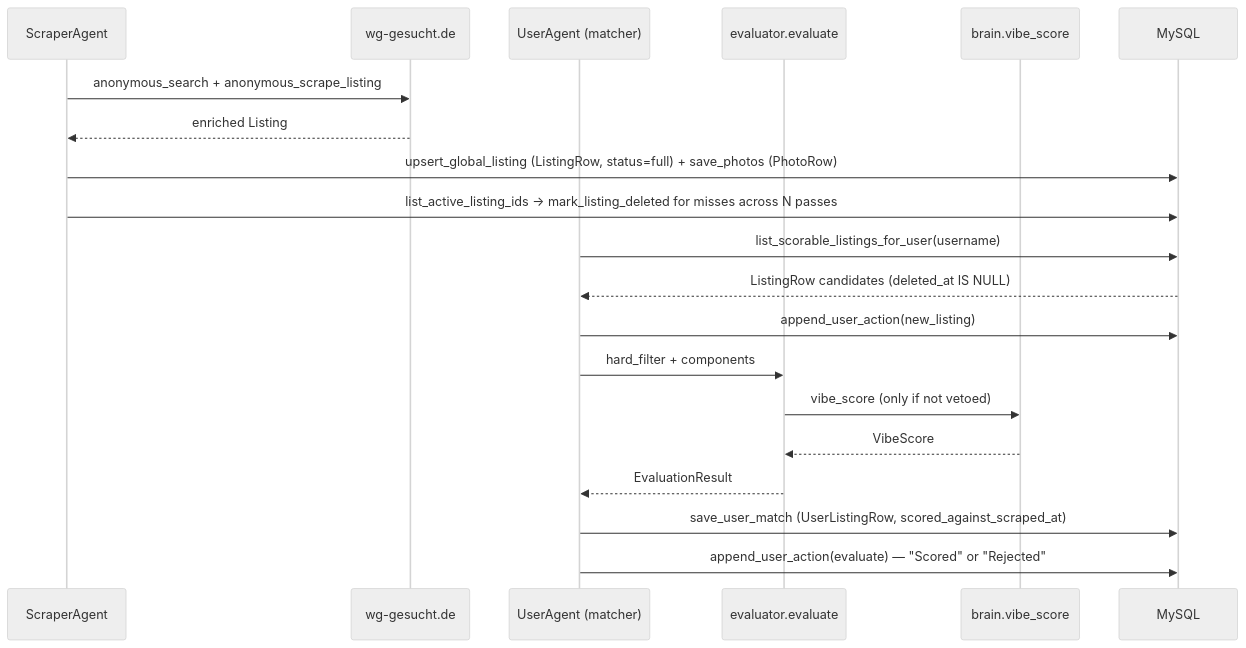
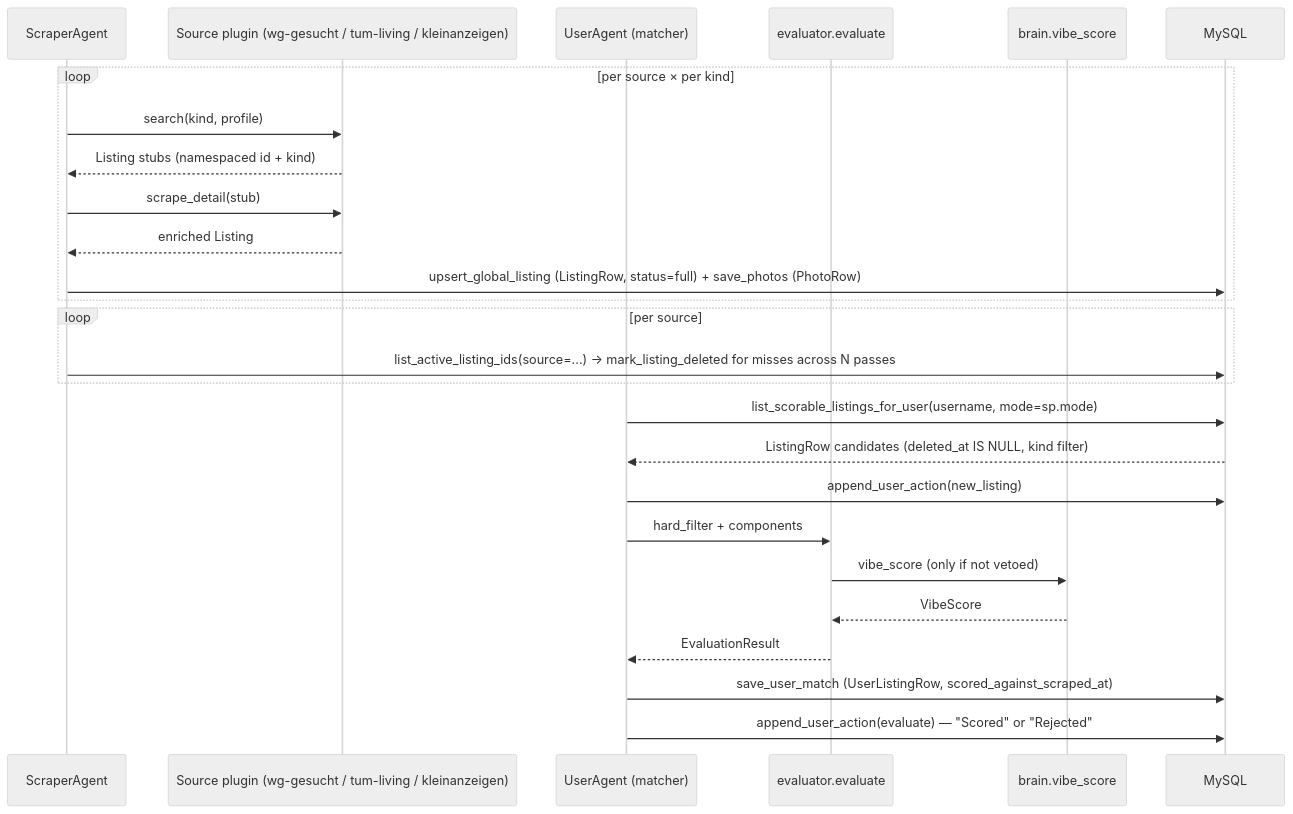
One commit to v-ya-ch-e/tumai-makeathon-2026 changed the third of 3 diagrams in docs/DATA_MODEL.md. Above: the diagram before and after it, drawn with Mermaid (neutral theme). The commit also changed other lines of this file and 45 other files, not shown here.

````diff
--- a/docs/DATA_MODEL.md
+++ b/docs/DATA_MODEL.md
@@ -394,24 +397,30 @@
 ```mermaid
 sequenceDiagram
   participant SA as ScraperAgent
-  participant WG as wg-gesucht.de
+  participant SRC as Source plugin (wg-gesucht / tum-living / kleinanzeigen)
   participant Matcher as UserAgent (matcher)
   participant Evaluator as evaluator.evaluate
   participant Brain as brain.vibe_score
   participant DB as MySQL
 
-  SA->>WG: anonymous_search + anonymous_scrape_listing
-  WG-->>SA: enriched Listing
-  SA->>DB: upsert_global_listing (ListingRow, status=full) + save_photos (PhotoRow)
-  SA->>DB: list_active_listing_ids → mark_listing_deleted for misses across N passes
+  loop per source × per kind
+    SA->>SRC: search(kind, profile)
+    SRC-->>SA: Listing stubs (namespaced id + kind)
+    SA->>SRC: scrape_detail(stub)
+    SRC-->>SA: enriched Listing
+    SA->>DB: upsert_global_listing (ListingRow, status=full) + save_photos (PhotoRow)
+  end
+  loop per source
+    SA->>DB: list_active_listing_ids(source=...) → mark_listing_deleted for misses across N passes
+  end
 
-  Matcher->>DB: list_scorable_listings_for_user(username)
-  DB-->>Matcher: ListingRow candidates (deleted_at IS NULL)
+  Matcher->>DB: list_scorable_listings_for_user(username, mode=sp.mode)
+  DB-->>Matcher: ListingRow candidates (deleted_at IS NULL, kind filter)
   Matcher->>DB: append_user_action(new_listing)
   Matcher->>Evaluator: hard_filter + components
   Evaluator->>Brain: vibe_score (only if not vetoed)
   Brain-->>Evaluator: VibeScore
   Evaluator-->>Matcher: EvaluationResult
   Matcher->>DB: save_user_match (UserListingRow, scored_against_scraped_at)
   Matcher->>DB: append_user_action(evaluate) — "Scored" or "Rejected"
 ```
````
